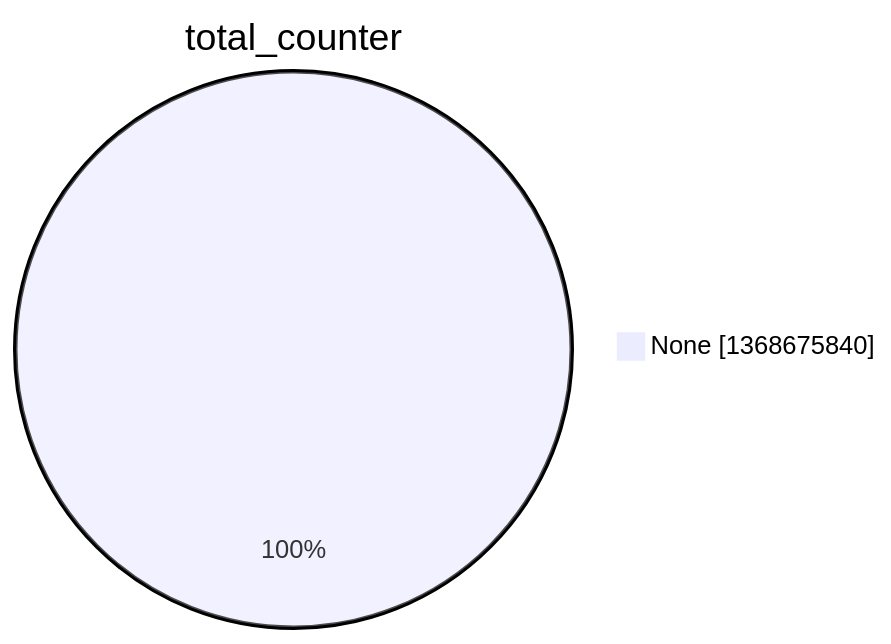
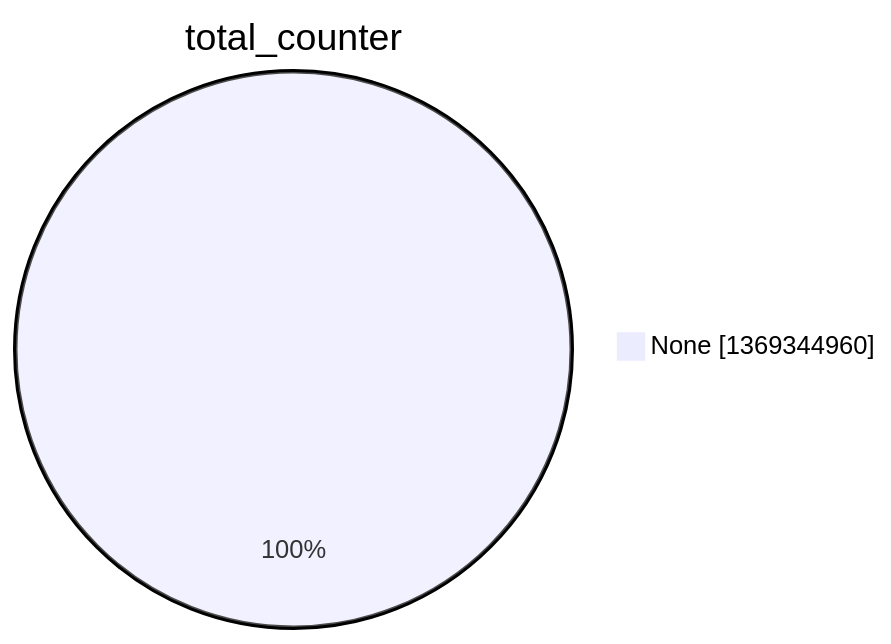
One commit to christiankrug/ctmonitor_visualization changed the second of 15 diagrams in argon2022/README.md. Above: the diagram before and after it, drawn with Mermaid. The commit also changed other lines of this file, not shown here.

````diff
--- a/argon2022/README.md
+++ b/argon2022/README.md
@@ -9,5 +9,5 @@
 ```mermaid
 pie showData
 title total_counter
-"None" :1368675840
+"None" :1369344960
 ```
````
